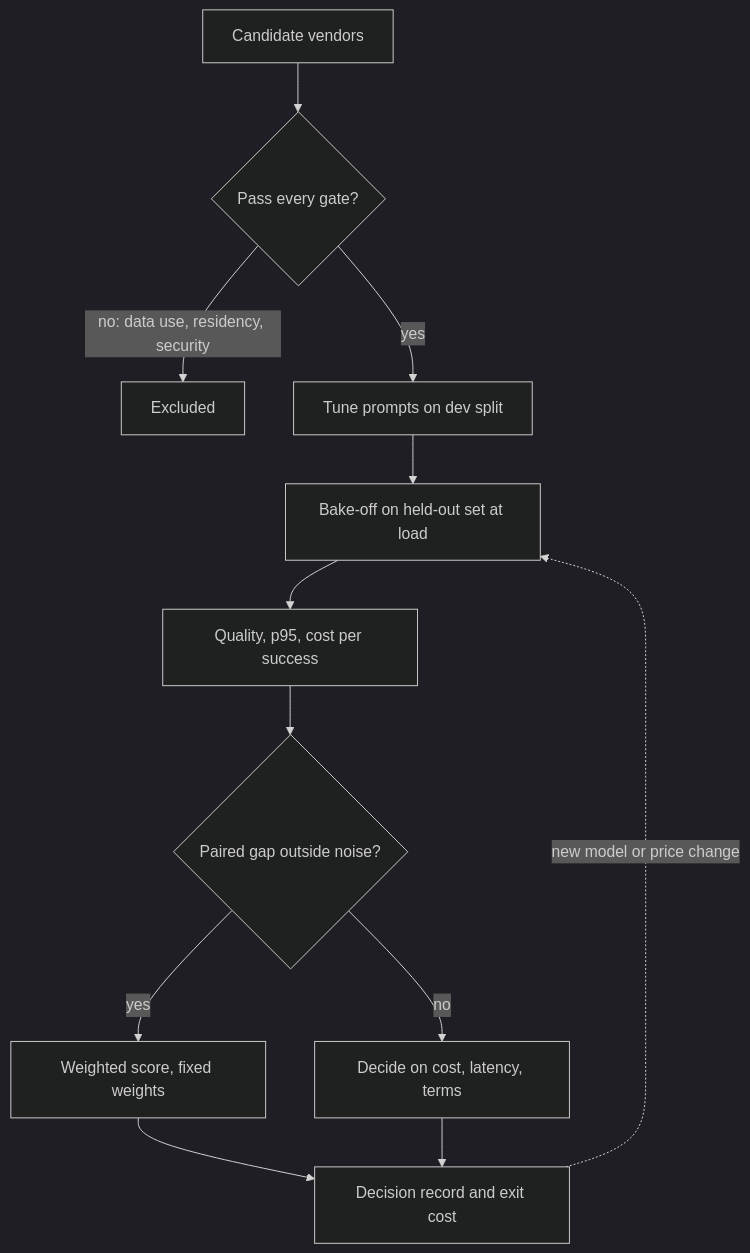
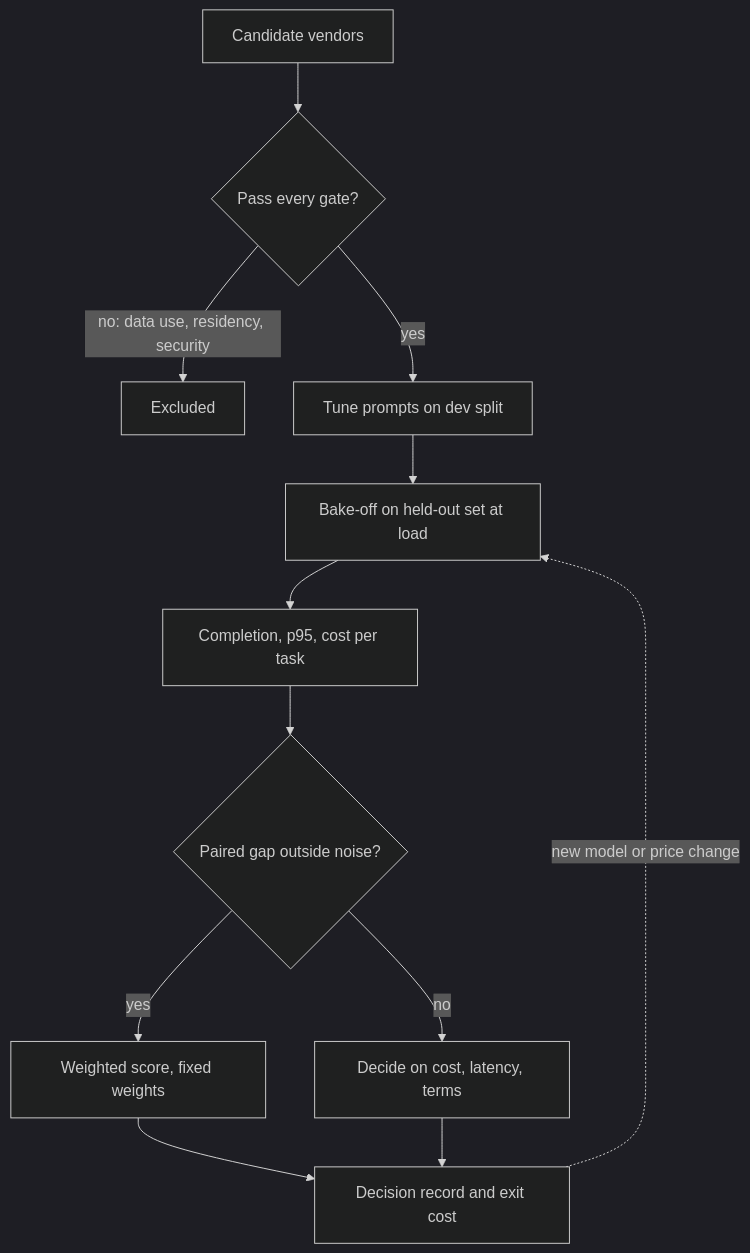
Before and after one commit to lovishmahajan97/agentic-learning: the diagram in content/strategy/vendor-evaluation.md, drawn with Mermaid (dark theme). The commit also changed other lines of this file and 454 other files, not shown here.

````diff
--- a/content/strategy/vendor-evaluation.md
+++ b/content/strategy/vendor-evaluation.md
@@ -108,14 +136,14 @@
 ```mermaid
 flowchart TD
     C["Candidate vendors"] --> G{"Pass every gate?"}
     G -->|"no: data use, residency, security"| X["Excluded"]
     G -->|"yes"| T["Tune prompts on dev split"]
     T --> B["Bake-off on held-out set at load"]
-    B --> M["Quality, p95, cost per success"]
+    B --> M["Completion, p95, cost per task"]
     M --> P{"Paired gap outside noise?"}
     P -->|"yes"| S["Weighted score, fixed weights"]
     P -->|"no"| CT["Decide on cost, latency, terms"]
     S --> D["Decision record and exit cost"]
     CT --> D
     D -.->|"new model or price change"| B
 ```
````
